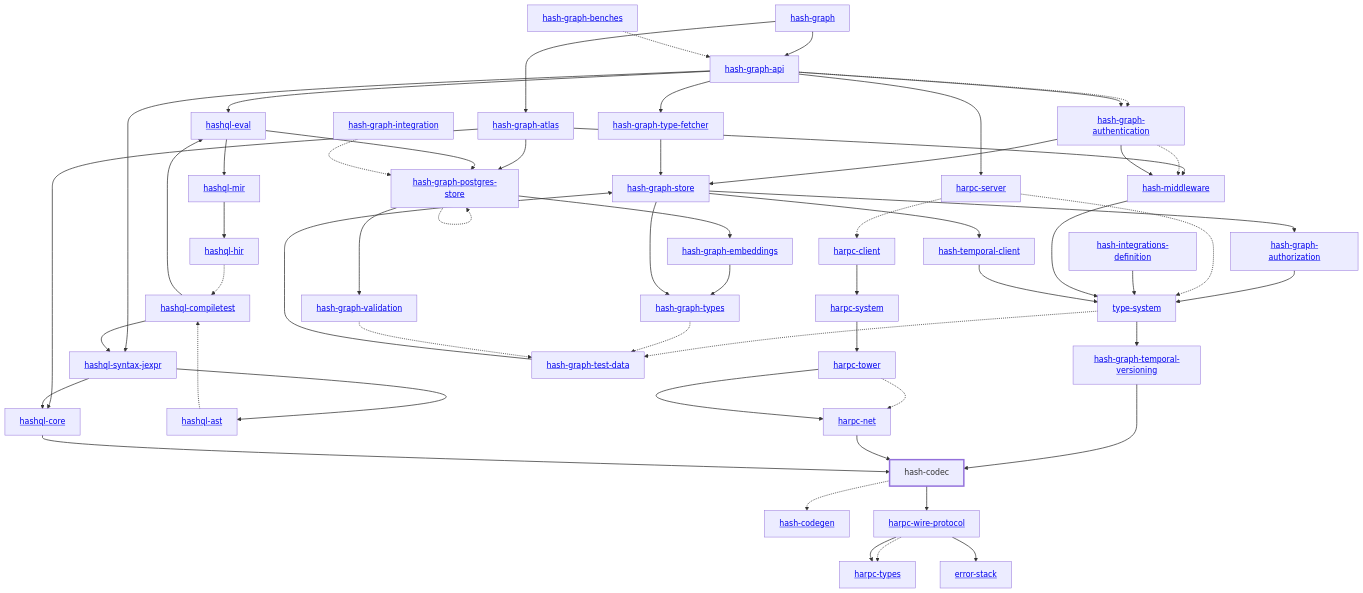
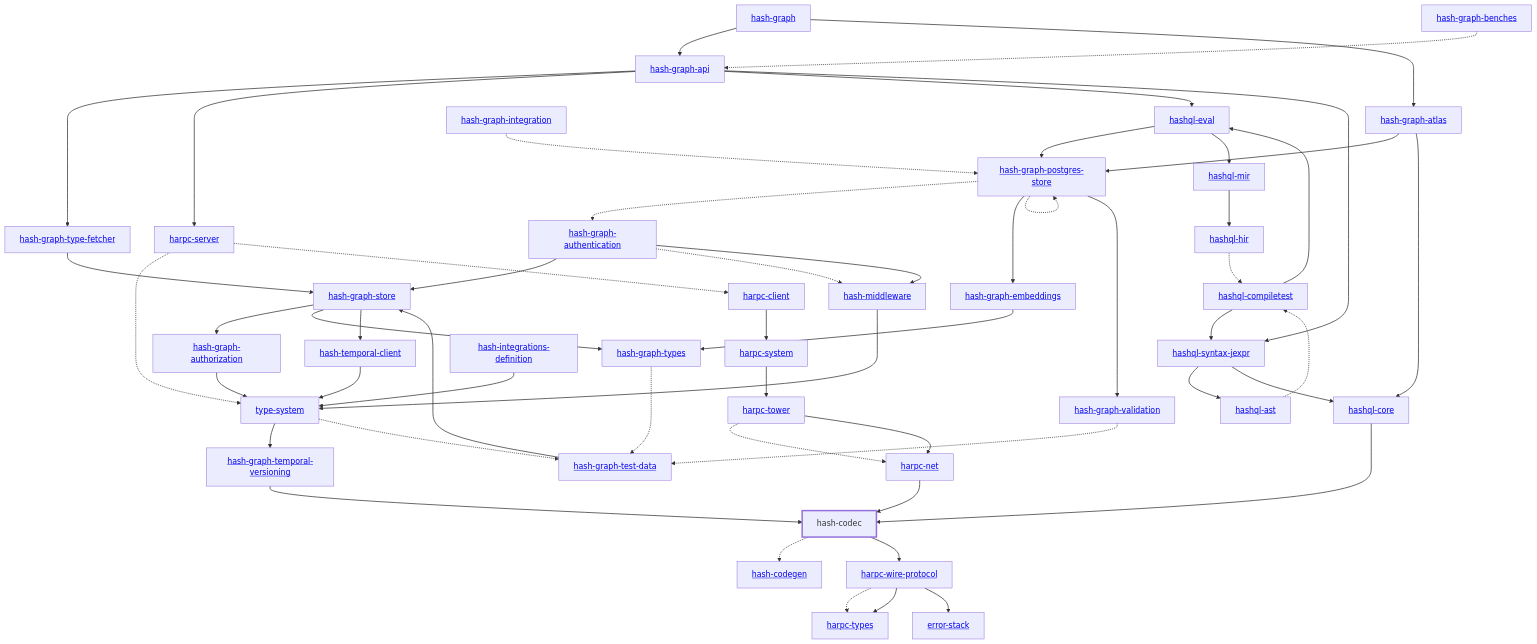
The diagram in libs/@local/codec/rust/docs/dependency-diagram.mmd (hashintel/hash), drawn with Mermaid before and after one commit. The commit also changed 47 other files, not shown here.

Commit message:
Authenticate public Graph API requests with API tokens

```diff
--- a/libs/@local/codec/rust/docs/dependency-diagram.mmd
+++ b/libs/@local/codec/rust/docs/dependency-diagram.mmd
@@ -1,103 +1,101 @@
 graph TD
     linkStyle default stroke-width:1.5px
     classDef default stroke-width:1px
     classDef root stroke-width:3px
     classDef dev stroke-width:1px
     classDef build stroke-width:1px
     %% Legend
     %% --> : Normal dependency
     %% -.-> : Dev dependency
     %% ---> : Build dependency
     0[<a href="../hash_graph/index.html">hash-graph</a>]
     1[<a href="../type_system/index.html">type-system</a>]
     2[hash-codec]
     class 2 root
     3[<a href="../hash_codegen/index.html">hash-codegen</a>]
     4[<a href="../hash_graph_api/index.html">hash-graph-api</a>]
     5[<a href="../hash_graph_atlas/index.html">hash-graph-atlas</a>]
     6[<a href="../hash_graph_authentication/index.html">hash-graph-authentication</a>]
     7[<a href="../hash_graph_authorization/index.html">hash-graph-authorization</a>]
     8[<a href="../hash_graph_embeddings/index.html">hash-graph-embeddings</a>]
     9[<a href="../hash_graph_postgres_store/index.html">hash-graph-postgres-store</a>]
     10[<a href="../hash_graph_store/index.html">hash-graph-store</a>]
     11[<a href="../hash_graph_temporal_versioning/index.html">hash-graph-temporal-versioning</a>]
     12[<a href="../hash_graph_type_fetcher/index.html">hash-graph-type-fetcher</a>]
     13[<a href="../hash_graph_types/index.html">hash-graph-types</a>]
     14[<a href="../hash_graph_validation/index.html">hash-graph-validation</a>]
     15[<a href="../harpc_client/index.html">harpc-client</a>]
     16[<a href="../harpc_net/index.html">harpc-net</a>]
     17[<a href="../harpc_server/index.html">harpc-server</a>]
     18[<a href="../harpc_system/index.html">harpc-system</a>]
     19[<a href="../harpc_tower/index.html">harpc-tower</a>]
     20[<a href="../harpc_types/index.html">harpc-types</a>]
     21[<a href="../harpc_wire_protocol/index.html">harpc-wire-protocol</a>]
     22[<a href="../hashql_ast/index.html">hashql-ast</a>]
     23[<a href="../hashql_compiletest/index.html">hashql-compiletest</a>]
     24[<a href="../hashql_core/index.html">hashql-core</a>]
     25[<a href="../hashql_eval/index.html">hashql-eval</a>]
     26[<a href="../hashql_hir/index.html">hashql-hir</a>]
     27[<a href="../hashql_mir/index.html">hashql-mir</a>]
     28[<a href="../hashql_syntax_jexpr/index.html">hashql-syntax-jexpr</a>]
     29[<a href="../hash_integrations_definition/index.html">hash-integrations-definition</a>]
     30[<a href="../hash_middleware/index.html">hash-middleware</a>]
     31[<a href="../hash_temporal_client/index.html">hash-temporal-client</a>]
     32[<a href="../error_stack/index.html">error-stack</a>]
     33[<a href="../hash_graph_benches/index.html">hash-graph-benches</a>]
     34[<a href="../hash_graph_integration/index.html">hash-graph-integration</a>]
     35[<a href="../hash_graph_test_data/index.html">hash-graph-test-data</a>]
     0 --> 4
     0 --> 5
     1 --> 11
     1 -.-> 35
     2 -.-> 3
     2 --> 21
-    4 -.-> 6
-    4 --> 6
     4 --> 12
     4 --> 17
     4 --> 25
     4 --> 28
     5 --> 9
     5 --> 24
-    5 --> 30
     6 --> 10
     6 -.-> 30
     6 --> 30
     7 --> 1
     8 --> 13
+    9 -.-> 6
     9 --> 8
     9 -.-> 9
     9 --> 14
     10 --> 7
     10 --> 13
     10 --> 31
     11 --> 2
     12 --> 10
     13 -.-> 35
     14 -.-> 35
     15 --> 18
     16 --> 2
     17 -.-> 1
     17 -.-> 15
     18 --> 19
     19 -.-> 16
     19 --> 16
     21 -.-> 20
     21 --> 20
     21 --> 32
     22 -.-> 23
     23 --> 25
     23 --> 28
     24 --> 2
     25 --> 9
     25 --> 27
     26 -.-> 23
     27 --> 26
     28 --> 22
     28 --> 24
     29 --> 1
     30 --> 1
     31 --> 1
     33 -.-> 4
     34 -.-> 9
     35 --> 10
```
